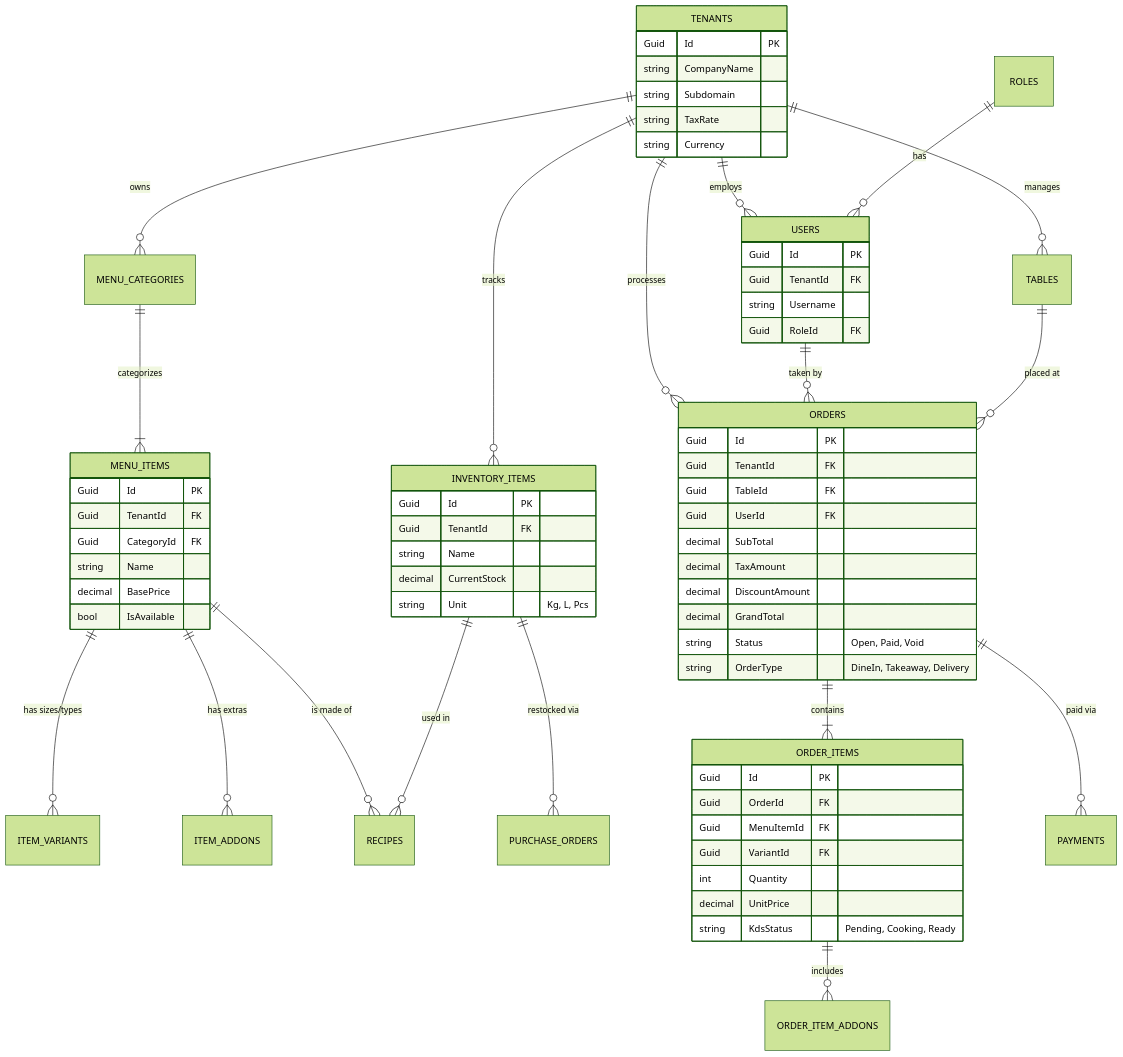
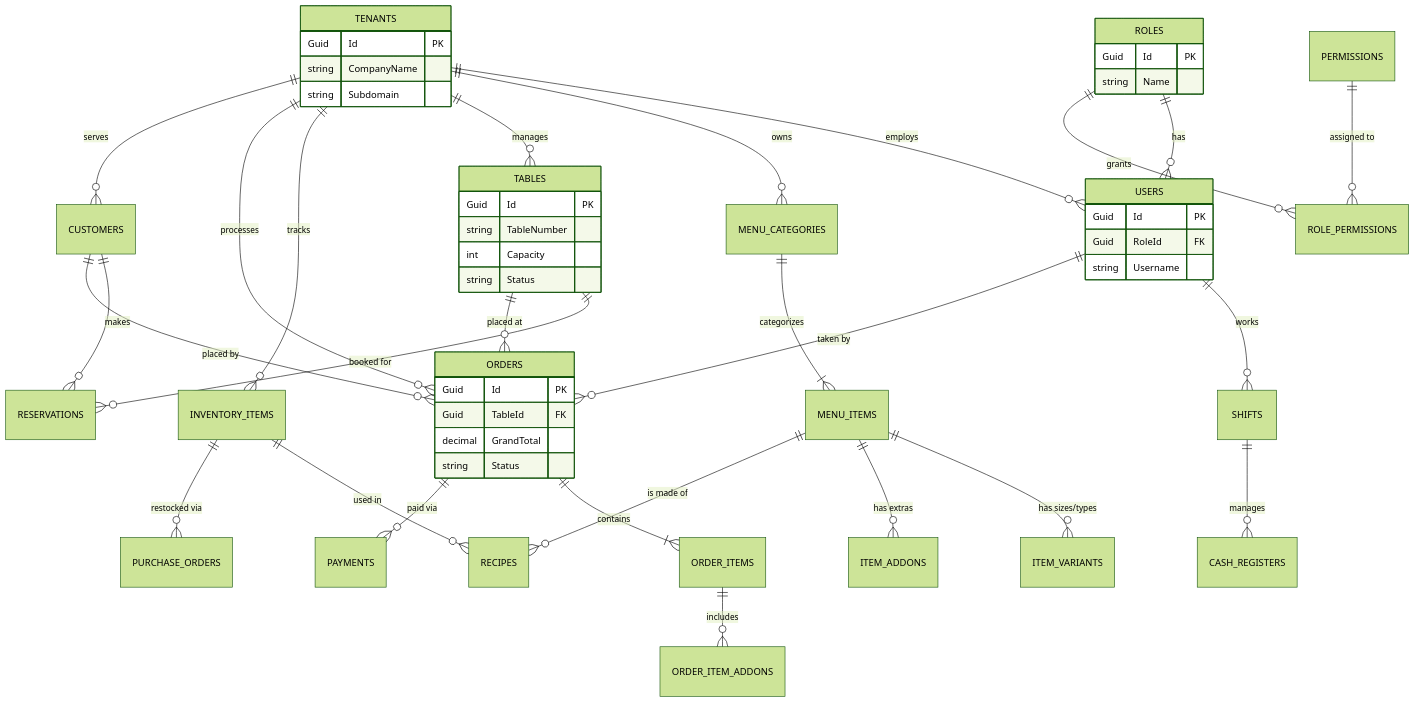
One commit to shams909/Restaurant-management-system changed the diagram in RMS_Full_Database_Schema.md. Above: the diagram before and after it, drawn with Mermaid (forest theme). The commit also changed other lines of this file, not shown here.

Commit message:
feat: expand database schema with CRM, RBAC, shift management, and reservation systems

````diff
--- a/RMS_Full_Database_Schema.md
+++ b/RMS_Full_Database_Schema.md
@@ -8,80 +8,67 @@
 ```mermaid
 erDiagram
     %% Core & Multi-Tenancy
     TENANTS ||--o{ USERS : "employs"
     TENANTS ||--o{ MENU_CATEGORIES : "owns"
     TENANTS ||--o{ TABLES : "manages"
     TENANTS ||--o{ INVENTORY_ITEMS : "tracks"
     TENANTS ||--o{ ORDERS : "processes"
+    TENANTS ||--o{ CUSTOMERS : "serves"
 
-    %% Users & Auth
+    %% Users, Roles & Shifts
     ROLES ||--o{ USERS : "has"
+    ROLES ||--o{ ROLE_PERMISSIONS : "grants"
+    PERMISSIONS ||--o{ ROLE_PERMISSIONS : "assigned to"
+    USERS ||--o{ SHIFTS : "works"
+    SHIFTS ||--o{ CASH_REGISTERS : "manages"
 
     %% Menu System (Complex POS)
     MENU_CATEGORIES ||--|{ MENU_ITEMS : "categorizes"
     MENU_ITEMS ||--o{ ITEM_VARIANTS : "has sizes/types"
     MENU_ITEMS ||--o{ ITEM_ADDONS : "has extras"
     MENU_ITEMS ||--o{ RECIPES : "is made of"
 
     %% Inventory
     INVENTORY_ITEMS ||--o{ RECIPES : "used in"
     INVENTORY_ITEMS ||--o{ PURCHASE_ORDERS : "restocked via"
 
+    %% Tables & Reservations
+    TABLES ||--o{ RESERVATIONS : "booked for"
+    CUSTOMERS ||--o{ RESERVATIONS : "makes"
+
     %% Orders & POS Transactions
     USERS ||--o{ ORDERS : "taken by"
     TABLES ||--o{ ORDERS : "placed at"
+    CUSTOMERS ||--o{ ORDERS : "placed by"
     ORDERS ||--|{ ORDER_ITEMS : "contains"
     ORDER_ITEMS ||--o{ ORDER_ITEM_ADDONS : "includes"
     ORDERS ||--o{ PAYMENTS : "paid via"
     
     %% Table Structures
     TENANTS {
         Guid Id PK
         string CompanyName
         string Subdomain
-        string TaxRate
-        string Currency
     }
     USERS {
         Guid Id PK
-        Guid TenantId FK
+        Guid RoleId FK
         string Username
-        Guid RoleId FK
     }
-    MENU_ITEMS {
+    ROLES {
         Guid Id PK
-        Guid TenantId FK
-        Guid CategoryId FK
         string Name
-        decimal BasePrice
-        bool IsAvailable
+    }
+    TABLES {
+        Guid Id PK
+        string TableNumber
+        int Capacity
+        string Status
     }
     ORDERS {
         Guid Id PK
-        Guid TenantId FK
         Guid TableId FK
-        Guid UserId FK
-        decimal SubTotal
-        decimal TaxAmount
-        decimal DiscountAmount
         decimal GrandTotal
-        string Status "Open, Paid, Void"
-        string OrderType "DineIn, Takeaway, Delivery"
-    }
-    ORDER_ITEMS {
-        Guid Id PK
-        Guid OrderId FK
-        Guid MenuItemId FK
-        Guid VariantId FK
-        int Quantity
-        decimal UnitPrice
-        string KdsStatus "Pending, Cooking, Ready"
-    }
-    INVENTORY_ITEMS {
-        Guid Id PK
-        Guid TenantId FK
-        string Name
-        decimal CurrentStock
-        string Unit "Kg, L, Pcs"
+        string Status
     }
 ```
````
